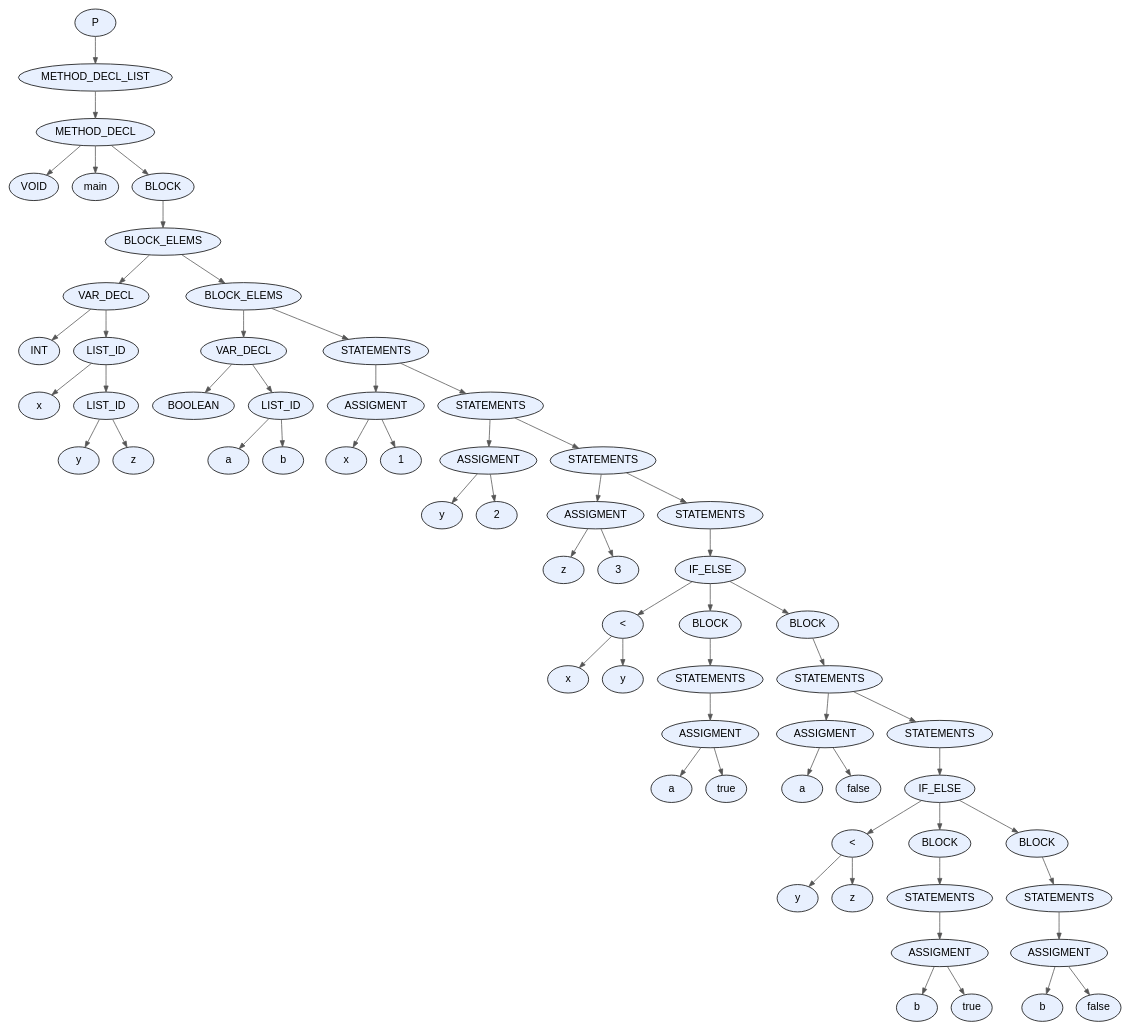
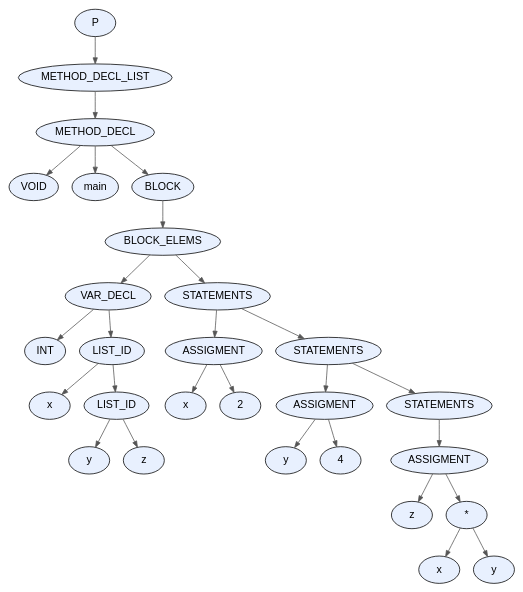
The diagram in proyecto/dot_files/test10.dot (facundo-dario-loser/TDS2026), drawn with Graphviz before and after one commit. The commit also changed 28 other files, not shown here.

```diff
--- a/proyecto/dot_files/test10.dot
+++ b/proyecto/dot_files/test10.dot
@@ -1,127 +1,59 @@
 digraph AST {
   node [fontname="Arial"];
   edge [arrowsize=0.8, color="#555555"];
-  "node_0x5e666e48d070" [label="P", style=filled, fillcolor="#E8F0FE", shape=ellipse, style="rounded,filled"];
-  "node_0x5e666e48d070" -> "node_0x5e666e48d020";
-  "node_0x5e666e48d020" [label="METHOD_DECL_LIST", style=filled, fillcolor="#E8F0FE", shape=ellipse, style="rounded,filled"];
-  "node_0x5e666e48d020" -> "node_0x5e666e48cfd0";
-  "node_0x5e666e48cfd0" [label="METHOD_DECL", style=filled, fillcolor="#E8F0FE", shape=ellipse, style="rounded,filled"];
-  "node_0x5e666e48cfd0" -> "node_0x5e666e48cf10";
-  "node_0x5e666e48cf10" [label="VOID", style=filled, fillcolor="#E8F0FE", shape=ellipse, style="rounded,filled"];
-  "node_0x5e666e48cfd0" -> "node_0x5e666e48cf60";
-  "node_0x5e666e48cf60" [label="main", style=filled, fillcolor="#E8F0FE", shape=ellipse, style="rounded,filled"];
-  "node_0x5e666e48cfd0" -> "node_0x5e666e48cec0";
-  "node_0x5e666e48cec0" [label="BLOCK", style=filled, fillcolor="#E8F0FE", shape=ellipse, style="rounded,filled"];
-  "node_0x5e666e48cec0" -> "node_0x5e666e48ce70";
-  "node_0x5e666e48ce70" [label="BLOCK_ELEMS", style=filled, fillcolor="#E8F0FE", shape=ellipse, style="rounded,filled"];
-  "node_0x5e666e48ce70" -> "node_0x5e666e48bbe0";
-  "node_0x5e666e48bbe0" [label="VAR_DECL", style=filled, fillcolor="#E8F0FE", shape=ellipse, style="rounded,filled"];
-  "node_0x5e666e48bbe0" -> "node_0x5e666e48b940";
-  "node_0x5e666e48b940" [label="INT", style=filled, fillcolor="#E8F0FE", shape=ellipse, style="rounded,filled"];
-  "node_0x5e666e48bbe0" -> "node_0x5e666e48bb90";
-  "node_0x5e666e48bb90" [label="LIST_ID", style=filled, fillcolor="#E8F0FE", shape=ellipse, style="rounded,filled"];
-  "node_0x5e666e48bb90" -> "node_0x5e666e48bb20";
-  "node_0x5e666e48bb20" [label="x", style=filled, fillcolor="#E8F0FE", shape=ellipse, style="rounded,filled"];
-  "node_0x5e666e48bb90" -> "node_0x5e666e48bad0";
-  "node_0x5e666e48bad0" [label="LIST_ID", style=filled, fillcolor="#E8F0FE", shape=ellipse, style="rounded,filled"];
-  "node_0x5e666e48bad0" -> "node_0x5e666e48ba60";
-  "node_0x5e666e48ba60" [label="y", style=filled, fillcolor="#E8F0FE", shape=ellipse, style="rounded,filled"];
-  "node_0x5e666e48bad0" -> "node_0x5e666e48b9f0";
-  "node_0x5e666e48b9f0" [label="z", style=filled, fillcolor="#E8F0FE", shape=ellipse, style="rounded,filled"];
-  "node_0x5e666e48ce70" -> "node_0x5e666e48ce20";
-  "node_0x5e666e48ce20" [label="BLOCK_ELEMS", style=filled, fillcolor="#E8F0FE", shape=ellipse, style="rounded,filled"];
-  "node_0x5e666e48ce20" -> "node_0x5e666e48bdf0";
-  "node_0x5e666e48bdf0" [label="VAR_DECL", style=filled, fillcolor="#E8F0FE", shape=ellipse, style="rounded,filled"];
-  "node_0x5e666e48bdf0" -> "node_0x5e666e48bc30";
-  "node_0x5e666e48bc30" [label="BOOLEAN", style=filled, fillcolor="#E8F0FE", shape=ellipse, style="rounded,filled"];
-  "node_0x5e666e48bdf0" -> "node_0x5e666e48bda0";
-  "node_0x5e666e48bda0" [label="LIST_ID", style=filled, fillcolor="#E8F0FE", shape=ellipse, style="rounded,filled"];
-  "node_0x5e666e48bda0" -> "node_0x5e666e48bd30";
-  "node_0x5e666e48bd30" [label="a", style=filled, fillcolor="#E8F0FE", shape=ellipse, style="rounded,filled"];
-  "node_0x5e666e48bda0" -> "node_0x5e666e48bcc0";
-  "node_0x5e666e48bcc0" [label="b", style=filled, fillcolor="#E8F0FE", shape=ellipse, style="rounded,filled"];
-  "node_0x5e666e48ce20" -> "node_0x5e666e48cdd0";
-  "node_0x5e666e48cdd0" [label="STATEMENTS", style=filled, fillcolor="#E8F0FE", shape=ellipse, style="rounded,filled"];
-  "node_0x5e666e48cdd0" -> "node_0x5e666e48bf20";
-  "node_0x5e666e48bf20" [label="ASSIGMENT", style=filled, fillcolor="#E8F0FE", shape=ellipse, style="rounded,filled"];
-  "node_0x5e666e48bf20" -> "node_0x5e666e48beb0";
-  "node_0x5e666e48beb0" [label="x", style=filled, fillcolor="#E8F0FE", shape=ellipse, style="rounded,filled"];
-  "node_0x5e666e48bf20" -> "node_0x5e666e48be60";
-  "node_0x5e666e48be60" [label="1", style=filled, fillcolor="#E8F0FE", shape=ellipse, style="rounded,filled"];
-  "node_0x5e666e48cdd0" -> "node_0x5e666e48cd80";
-  "node_0x5e666e48cd80" [label="STATEMENTS", style=filled, fillcolor="#E8F0FE", shape=ellipse, style="rounded,filled"];
-  "node_0x5e666e48cd80" -> "node_0x5e666e48c050";
-  "node_0x5e666e48c050" [label="ASSIGMENT", style=filled, fillcolor="#E8F0FE", shape=ellipse, style="rounded,filled"];
-  "node_0x5e666e48c050" -> "node_0x5e666e48bfe0";
-  "node_0x5e666e48bfe0" [label="y", style=filled, fillcolor="#E8F0FE", shape=ellipse, style="rounded,filled"];
-  "node_0x5e666e48c050" -> "node_0x5e666e48bf90";
-  "node_0x5e666e48bf90" [label="2", style=filled, fillcolor="#E8F0FE", shape=ellipse, style="rounded,filled"];
-  "node_0x5e666e48cd80" -> "node_0x5e666e48cd30";
-  "node_0x5e666e48cd30" [label="STATEMENTS", style=filled, fillcolor="#E8F0FE", shape=ellipse, style="rounded,filled"];
-  "node_0x5e666e48cd30" -> "node_0x5e666e48c180";
-  "node_0x5e666e48c180" [label="ASSIGMENT", style=filled, fillcolor="#E8F0FE", shape=ellipse, style="rounded,filled"];
-  "node_0x5e666e48c180" -> "node_0x5e666e48c110";
-  "node_0x5e666e48c110" [label="z", style=filled, fillcolor="#E8F0FE", shape=ellipse, style="rounded,filled"];
-  "node_0x5e666e48c180" -> "node_0x5e666e48c0c0";
-  "node_0x5e666e48c0c0" [label="3", style=filled, fillcolor="#E8F0FE", shape=ellipse, style="rounded,filled"];
-  "node_0x5e666e48cd30" -> "node_0x5e666e48cce0";
-  "node_0x5e666e48cce0" [label="STATEMENTS", style=filled, fillcolor="#E8F0FE", shape=ellipse, style="rounded,filled"];
-  "node_0x5e666e48cce0" -> "node_0x5e666e48cc90";
-  "node_0x5e666e48cc90" [label="IF_ELSE", style=filled, fillcolor="#E8F0FE", shape=ellipse, style="rounded,filled"];
-  "node_0x5e666e48cc90" -> "node_0x5e666e48c2f0";
-  "node_0x5e666e48c2f0" [label="<", style=filled, fillcolor="#E8F0FE", shape=ellipse, style="rounded,filled"];
-  "node_0x5e666e48c2f0" -> "node_0x5e666e48c1f0";
-  "node_0x5e666e48c1f0" [label="x", style=filled, fillcolor="#E8F0FE", shape=ellipse, style="rounded,filled"];
-  "node_0x5e666e48c2f0" -> "node_0x5e666e48c280";
-  "node_0x5e666e48c280" [label="y", style=filled, fillcolor="#E8F0FE", shape=ellipse, style="rounded,filled"];
-  "node_0x5e666e48cc90" -> "node_0x5e666e48c4c0";
-  "node_0x5e666e48c4c0" [label="BLOCK", style=filled, fillcolor="#E8F0FE", shape=ellipse, style="rounded,filled"];
-  "node_0x5e666e48c4c0" -> "node_0x5e666e48c470";
-  "node_0x5e666e48c470" [label="STATEMENTS", style=filled, fillcolor="#E8F0FE", shape=ellipse, style="rounded,filled"];
-  "node_0x5e666e48c470" -> "node_0x5e666e48c420";
-  "node_0x5e666e48c420" [label="ASSIGMENT", style=filled, fillcolor="#E8F0FE", shape=ellipse, style="rounded,filled"];
-  "node_0x5e666e48c420" -> "node_0x5e666e48c3b0";
-  "node_0x5e666e48c3b0" [label="a", style=filled, fillcolor="#E8F0FE", shape=ellipse, style="rounded,filled"];
-  "node_0x5e666e48c420" -> "node_0x5e666e48c360";
-  "node_0x5e666e48c360" [label="true", style=filled, fillcolor="#E8F0FE", shape=ellipse, style="rounded,filled"];
-  "node_0x5e666e48cc90" -> "node_0x5e666e48cc40";
-  "node_0x5e666e48cc40" [label="BLOCK", style=filled, fillcolor="#E8F0FE", shape=ellipse, style="rounded,filled"];
-  "node_0x5e666e48cc40" -> "node_0x5e666e48cbf0";
-  "node_0x5e666e48cbf0" [label="STATEMENTS", style=filled, fillcolor="#E8F0FE", shape=ellipse, style="rounded,filled"];
-  "node_0x5e666e48cbf0" -> "node_0x5e666e48c5f0";
-  "node_0x5e666e48c5f0" [label="ASSIGMENT", style=filled, fillcolor="#E8F0FE", shape=ellipse, style="rounded,filled"];
-  "node_0x5e666e48c5f0" -> "node_0x5e666e48c580";
-  "node_0x5e666e48c580" [label="a", style=filled, fillcolor="#E8F0FE", shape=ellipse, style="rounded,filled"];
-  "node_0x5e666e48c5f0" -> "node_0x5e666e48c530";
-  "node_0x5e666e48c530" [label="false", style=filled, fillcolor="#E8F0FE", shape=ellipse, style="rounded,filled"];
-  "node_0x5e666e48cbf0" -> "node_0x5e666e48cba0";
-  "node_0x5e666e48cba0" [label="STATEMENTS", style=filled, fillcolor="#E8F0FE", shape=ellipse, style="rounded,filled"];
-  "node_0x5e666e48cba0" -> "node_0x5e666e48cb50";
-  "node_0x5e666e48cb50" [label="IF_ELSE", style=filled, fillcolor="#E8F0FE", shape=ellipse, style="rounded,filled"];
-  "node_0x5e666e48cb50" -> "node_0x5e666e48c760";
-  "node_0x5e666e48c760" [label="<", style=filled, fillcolor="#E8F0FE", shape=ellipse, style="rounded,filled"];
-  "node_0x5e666e48c760" -> "node_0x5e666e48c660";
-  "node_0x5e666e48c660" [label="y", style=filled, fillcolor="#E8F0FE", shape=ellipse, style="rounded,filled"];
-  "node_0x5e666e48c760" -> "node_0x5e666e48c6f0";
-  "node_0x5e666e48c6f0" [label="z", style=filled, fillcolor="#E8F0FE", shape=ellipse, style="rounded,filled"];
-  "node_0x5e666e48cb50" -> "node_0x5e666e48c930";
-  "node_0x5e666e48c930" [label="BLOCK", style=filled, fillcolor="#E8F0FE", shape=ellipse, style="rounded,filled"];
-  "node_0x5e666e48c930" -> "node_0x5e666e48c8e0";
-  "node_0x5e666e48c8e0" [label="STATEMENTS", style=filled, fillcolor="#E8F0FE", shape=ellipse, style="rounded,filled"];
-  "node_0x5e666e48c8e0" -> "node_0x5e666e48c890";
-  "node_0x5e666e48c890" [label="ASSIGMENT", style=filled, fillcolor="#E8F0FE", shape=ellipse, style="rounded,filled"];
-  "node_0x5e666e48c890" -> "node_0x5e666e48c820";
-  "node_0x5e666e48c820" [label="b", style=filled, fillcolor="#E8F0FE", shape=ellipse, style="rounded,filled"];
-  "node_0x5e666e48c890" -> "node_0x5e666e48c7d0";
-  "node_0x5e666e48c7d0" [label="true", style=filled, fillcolor="#E8F0FE", shape=ellipse, style="rounded,filled"];
-  "node_0x5e666e48cb50" -> "node_0x5e666e48cb00";
-  "node_0x5e666e48cb00" [label="BLOCK", style=filled, fillcolor="#E8F0FE", shape=ellipse, style="rounded,filled"];
-  "node_0x5e666e48cb00" -> "node_0x5e666e48cab0";
-  "node_0x5e666e48cab0" [label="STATEMENTS", style=filled, fillcolor="#E8F0FE", shape=ellipse, style="rounded,filled"];
-  "node_0x5e666e48cab0" -> "node_0x5e666e48ca60";
-  "node_0x5e666e48ca60" [label="ASSIGMENT", style=filled, fillcolor="#E8F0FE", shape=ellipse, style="rounded,filled"];
-  "node_0x5e666e48ca60" -> "node_0x5e666e48c9f0";
-  "node_0x5e666e48c9f0" [label="b", style=filled, fillcolor="#E8F0FE", shape=ellipse, style="rounded,filled"];
-  "node_0x5e666e48ca60" -> "node_0x5e666e48c9a0";
-  "node_0x5e666e48c9a0" [label="false", style=filled, fillcolor="#E8F0FE", shape=ellipse, style="rounded,filled"];
+  "node_0x59ef1c3de3d0" [label="P", style=filled, fillcolor="#E8F0FE", shape=ellipse, style="rounded,filled"];
+  "node_0x59ef1c3de3d0" -> "node_0x59ef1c3de380";
+  "node_0x59ef1c3de380" [label="METHOD_DECL_LIST", style=filled, fillcolor="#E8F0FE", shape=ellipse, style="rounded,filled"];
+  "node_0x59ef1c3de380" -> "node_0x59ef1c3de330";
+  "node_0x59ef1c3de330" [label="METHOD_DECL", style=filled, fillcolor="#E8F0FE", shape=ellipse, style="rounded,filled"];
+  "node_0x59ef1c3de330" -> "node_0x59ef1c3de270";
+  "node_0x59ef1c3de270" [label="VOID", style=filled, fillcolor="#E8F0FE", shape=ellipse, style="rounded,filled"];
+  "node_0x59ef1c3de330" -> "node_0x59ef1c3de2c0";
+  "node_0x59ef1c3de2c0" [label="main", style=filled, fillcolor="#E8F0FE", shape=ellipse, style="rounded,filled"];
+  "node_0x59ef1c3de330" -> "node_0x59ef1c3de220";
+  "node_0x59ef1c3de220" [label="BLOCK", style=filled, fillcolor="#E8F0FE", shape=ellipse, style="rounded,filled"];
+  "node_0x59ef1c3de220" -> "node_0x59ef1c3de1d0";
+  "node_0x59ef1c3de1d0" [label="BLOCK_ELEMS", style=filled, fillcolor="#E8F0FE", shape=ellipse, style="rounded,filled"];
+  "node_0x59ef1c3de1d0" -> "node_0x59ef1c3ddbe0";
+  "node_0x59ef1c3ddbe0" [label="VAR_DECL", style=filled, fillcolor="#E8F0FE", shape=ellipse, style="rounded,filled"];
+  "node_0x59ef1c3ddbe0" -> "node_0x59ef1c3dd940";
+  "node_0x59ef1c3dd940" [label="INT", style=filled, fillcolor="#E8F0FE", shape=ellipse, style="rounded,filled"];
+  "node_0x59ef1c3ddbe0" -> "node_0x59ef1c3ddb90";
+  "node_0x59ef1c3ddb90" [label="LIST_ID", style=filled, fillcolor="#E8F0FE", shape=ellipse, style="rounded,filled"];
+  "node_0x59ef1c3ddb90" -> "node_0x59ef1c3ddb20";
+  "node_0x59ef1c3ddb20" [label="x", style=filled, fillcolor="#E8F0FE", shape=ellipse, style="rounded,filled"];
+  "node_0x59ef1c3ddb90" -> "node_0x59ef1c3ddad0";
+  "node_0x59ef1c3ddad0" [label="LIST_ID", style=filled, fillcolor="#E8F0FE", shape=ellipse, style="rounded,filled"];
+  "node_0x59ef1c3ddad0" -> "node_0x59ef1c3dda60";
+  "node_0x59ef1c3dda60" [label="y", style=filled, fillcolor="#E8F0FE", shape=ellipse, style="rounded,filled"];
+  "node_0x59ef1c3ddad0" -> "node_0x59ef1c3dd9f0";
+  "node_0x59ef1c3dd9f0" [label="z", style=filled, fillcolor="#E8F0FE", shape=ellipse, style="rounded,filled"];
+  "node_0x59ef1c3de1d0" -> "node_0x59ef1c3de180";
+  "node_0x59ef1c3de180" [label="STATEMENTS", style=filled, fillcolor="#E8F0FE", shape=ellipse, style="rounded,filled"];
+  "node_0x59ef1c3de180" -> "node_0x59ef1c3ddd10";
+  "node_0x59ef1c3ddd10" [label="ASSIGMENT", style=filled, fillcolor="#E8F0FE", shape=ellipse, style="rounded,filled"];
+  "node_0x59ef1c3ddd10" -> "node_0x59ef1c3ddca0";
+  "node_0x59ef1c3ddca0" [label="x", style=filled, fillcolor="#E8F0FE", shape=ellipse, style="rounded,filled"];
+  "node_0x59ef1c3ddd10" -> "node_0x59ef1c3ddc50";
+  "node_0x59ef1c3ddc50" [label="2", style=filled, fillcolor="#E8F0FE", shape=ellipse, style="rounded,filled"];
+  "node_0x59ef1c3de180" -> "node_0x59ef1c3de130";
+  "node_0x59ef1c3de130" [label="STATEMENTS", style=filled, fillcolor="#E8F0FE", shape=ellipse, style="rounded,filled"];
+  "node_0x59ef1c3de130" -> "node_0x59ef1c3dde40";
+  "node_0x59ef1c3dde40" [label="ASSIGMENT", style=filled, fillcolor="#E8F0FE", shape=ellipse, style="rounded,filled"];
+  "node_0x59ef1c3dde40" -> "node_0x59ef1c3dddd0";
+  "node_0x59ef1c3dddd0" [label="y", style=filled, fillcolor="#E8F0FE", shape=ellipse, style="rounded,filled"];
+  "node_0x59ef1c3dde40" -> "node_0x59ef1c3ddd80";
+  "node_0x59ef1c3ddd80" [label="4", style=filled, fillcolor="#E8F0FE", shape=ellipse, style="rounded,filled"];
+  "node_0x59ef1c3de130" -> "node_0x59ef1c3de0e0";
+  "node_0x59ef1c3de0e0" [label="STATEMENTS", style=filled, fillcolor="#E8F0FE", shape=ellipse, style="rounded,filled"];
+  "node_0x59ef1c3de0e0" -> "node_0x59ef1c3de090";
+  "node_0x59ef1c3de090" [label="ASSIGMENT", style=filled, fillcolor="#E8F0FE", shape=ellipse, style="rounded,filled"];
+  "node_0x59ef1c3de090" -> "node_0x59ef1c3de020";
+  "node_0x59ef1c3de020" [label="z", style=filled, fillcolor="#E8F0FE", shape=ellipse, style="rounded,filled"];
+  "node_0x59ef1c3de090" -> "node_0x59ef1c3ddfd0";
+  "node_0x59ef1c3ddfd0" [label="*", style=filled, fillcolor="#E8F0FE", shape=ellipse, style="rounded,filled"];
+  "node_0x59ef1c3ddfd0" -> "node_0x59ef1c3dded0";
+  "node_0x59ef1c3dded0" [label="x", style=filled, fillcolor="#E8F0FE", shape=ellipse, style="rounded,filled"];
+  "node_0x59ef1c3ddfd0" -> "node_0x59ef1c3ddf60";
+  "node_0x59ef1c3ddf60" [label="y", style=filled, fillcolor="#E8F0FE", shape=ellipse, style="rounded,filled"];
 }
```
